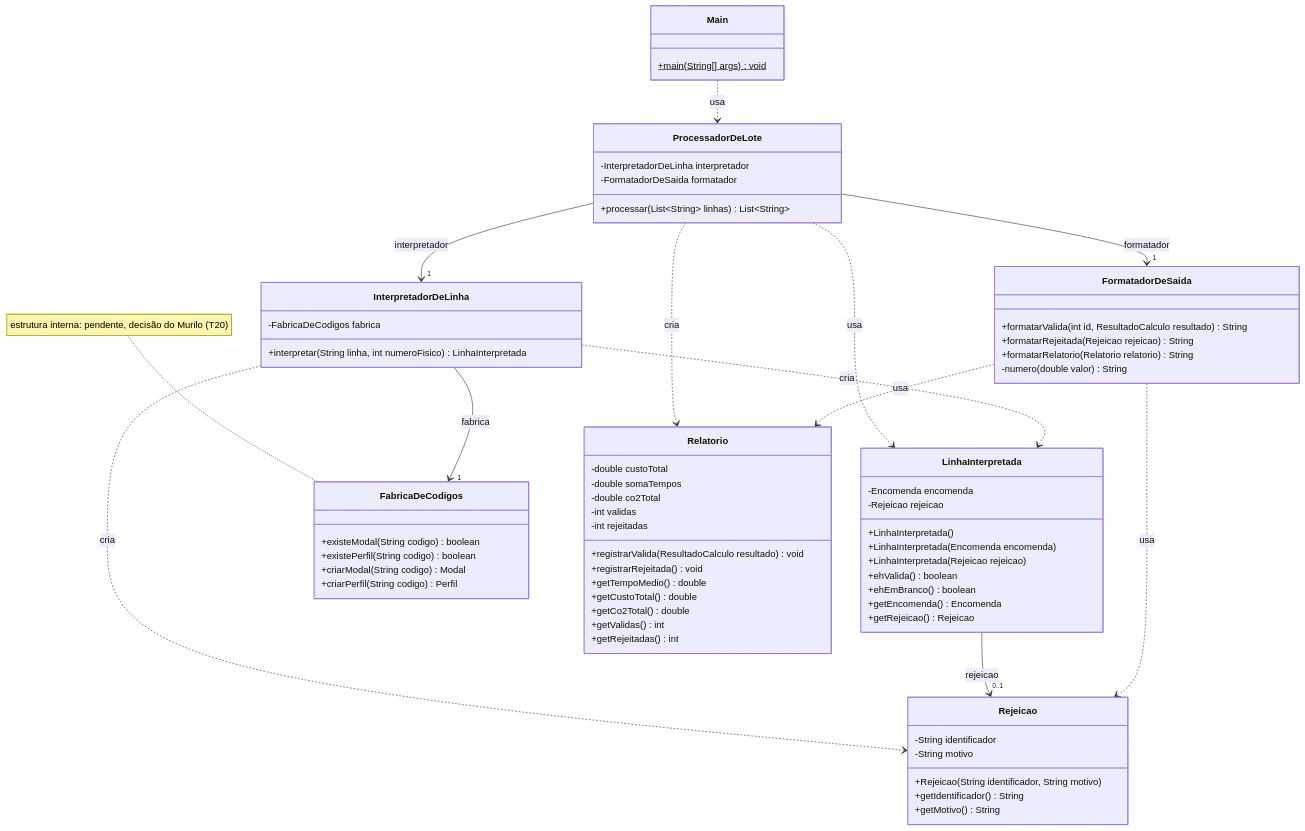
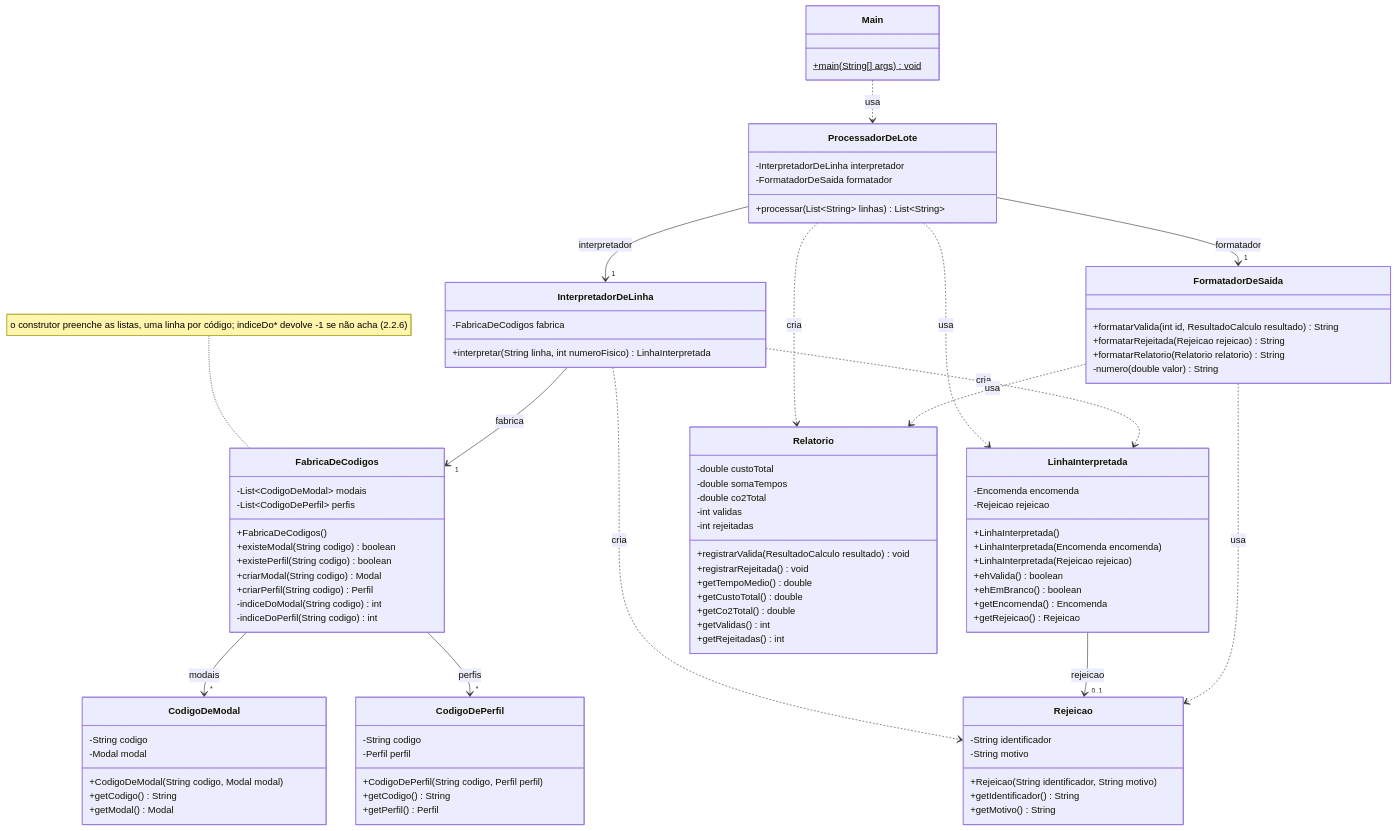
The sixth of 8 diagrams in docs/Documento_de_Projeto.md (lilianeperim-ifsp/Projeto_Final_INOO), drawn with Mermaid before and after one commit. The commit also changed other lines of this file and 2 other files, not shown here.

First line of the commit message:
T09: lista única de códigos nos diagramas (depois do merge do PR 43)

````diff
--- a/docs/Documento_de_Projeto.md
+++ b/docs/Documento_de_Projeto.md
@@ -824,10 +831,29 @@
         +getRejeicao() Rejeicao
     }
     class FabricaDeCodigos {
+        -List~CodigoDeModal~ modais
+        -List~CodigoDePerfil~ perfis
+        +FabricaDeCodigos()
         +existeModal(String codigo) boolean
         +existePerfil(String codigo) boolean
         +criarModal(String codigo) Modal
         +criarPerfil(String codigo) Perfil
+        -indiceDoModal(String codigo) int
+        -indiceDoPerfil(String codigo) int
+    }
+    class CodigoDeModal {
+        -String codigo
+        -Modal modal
+        +CodigoDeModal(String codigo, Modal modal)
+        +getCodigo() String
+        +getModal() Modal
+    }
+    class CodigoDePerfil {
+        -String codigo
+        -Perfil perfil
+        +CodigoDePerfil(String codigo, Perfil perfil)
+        +getCodigo() String
+        +getPerfil() Perfil
     }
     class FormatadorDeSaida {
         +formatarValida(int id, ResultadoCalculo resultado) String
@@ -863,11 +889,13 @@
     ProcessadorDeLote ..> Relatorio : cria
     ProcessadorDeLote ..> LinhaInterpretada : usa
     InterpretadorDeLinha --> "1" FabricaDeCodigos : fabrica
+    FabricaDeCodigos --> "*" CodigoDeModal : modais
+    FabricaDeCodigos --> "*" CodigoDePerfil : perfis
     InterpretadorDeLinha ..> LinhaInterpretada : cria
     InterpretadorDeLinha ..> Rejeicao : cria
     LinhaInterpretada --> "0..1" Rejeicao : rejeicao
     FormatadorDeSaida ..> Rejeicao : usa
     FormatadorDeSaida ..> Relatorio : usa
 
-    note for FabricaDeCodigos "estrutura interna: pendente, decisão do Murilo (T20)"
+    note for FabricaDeCodigos "o construtor preenche as listas, uma linha por código; indiceDo* devolve -1 se não acha (2.2.6)"
 ```
````
